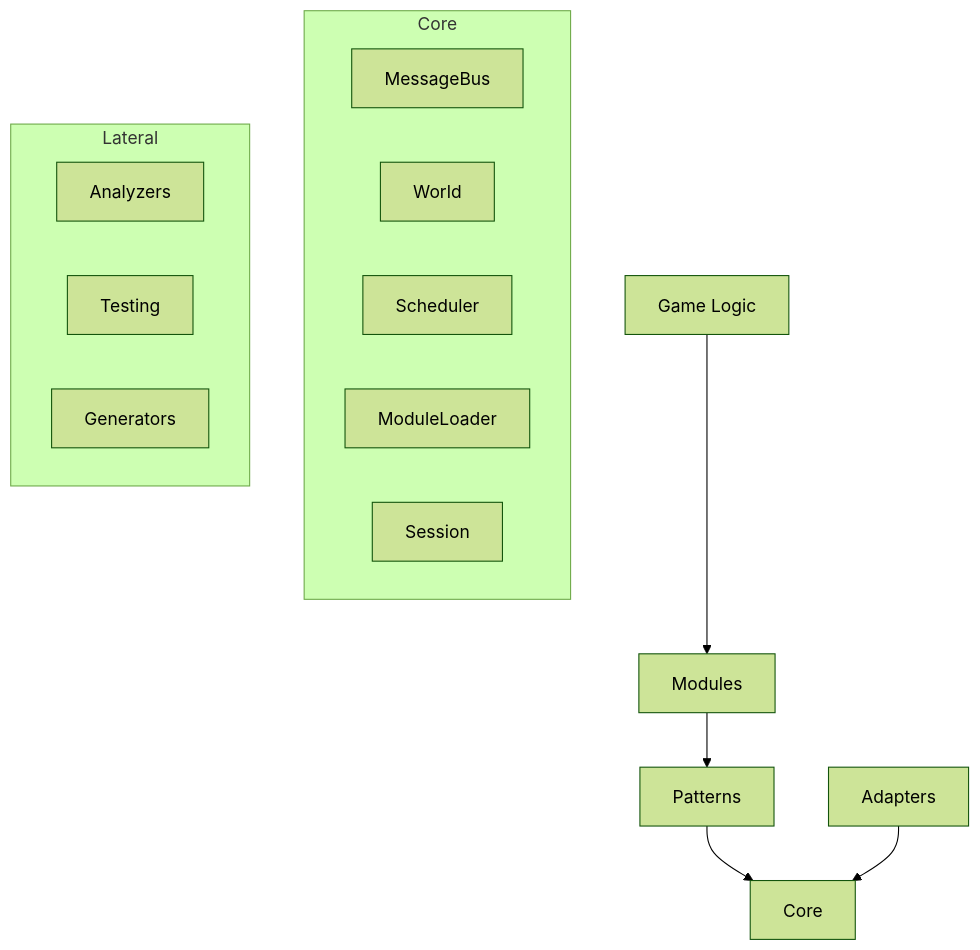
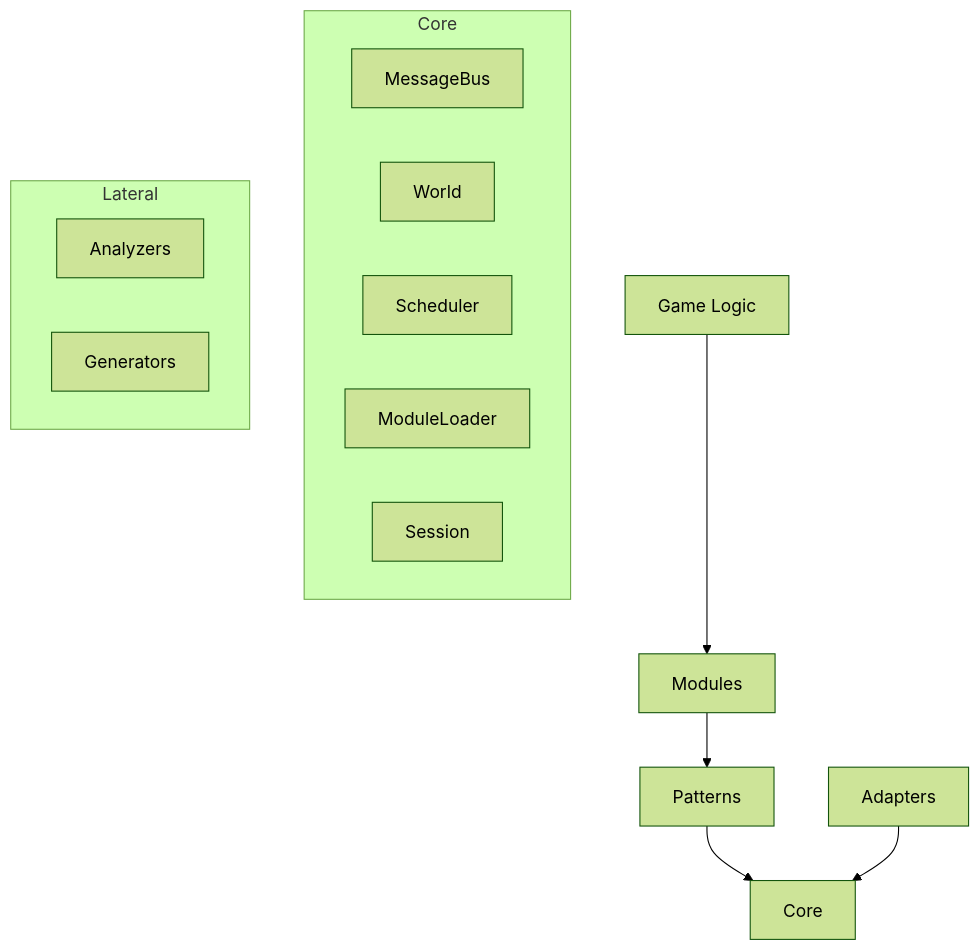
Before and after one commit to Ieunn/Flos: the first of 3 diagrams in docs/Architecture.md, drawn with Mermaid (forest theme). The commit also changed other lines of this file and 149 other files, not shown here.

````diff
--- a/docs/Architecture.md
+++ b/docs/Architecture.md
@@ -106,21 +116,20 @@
 ```mermaid
 graph TD
     G[Game Logic] --> M[Modules]
     M --> P[Patterns]
     P --> C[Core]
     A[Adapters] --> C
 
     subgraph Core
         MB[MessageBus]
         W[World]
         SC[Scheduler]
         ML[ModuleLoader]
         SS[Session]
     end
 
     subgraph Lateral
         AN[Analyzers]
-        TE[Testing]
         GN[Generators]
     end
 ```
````
